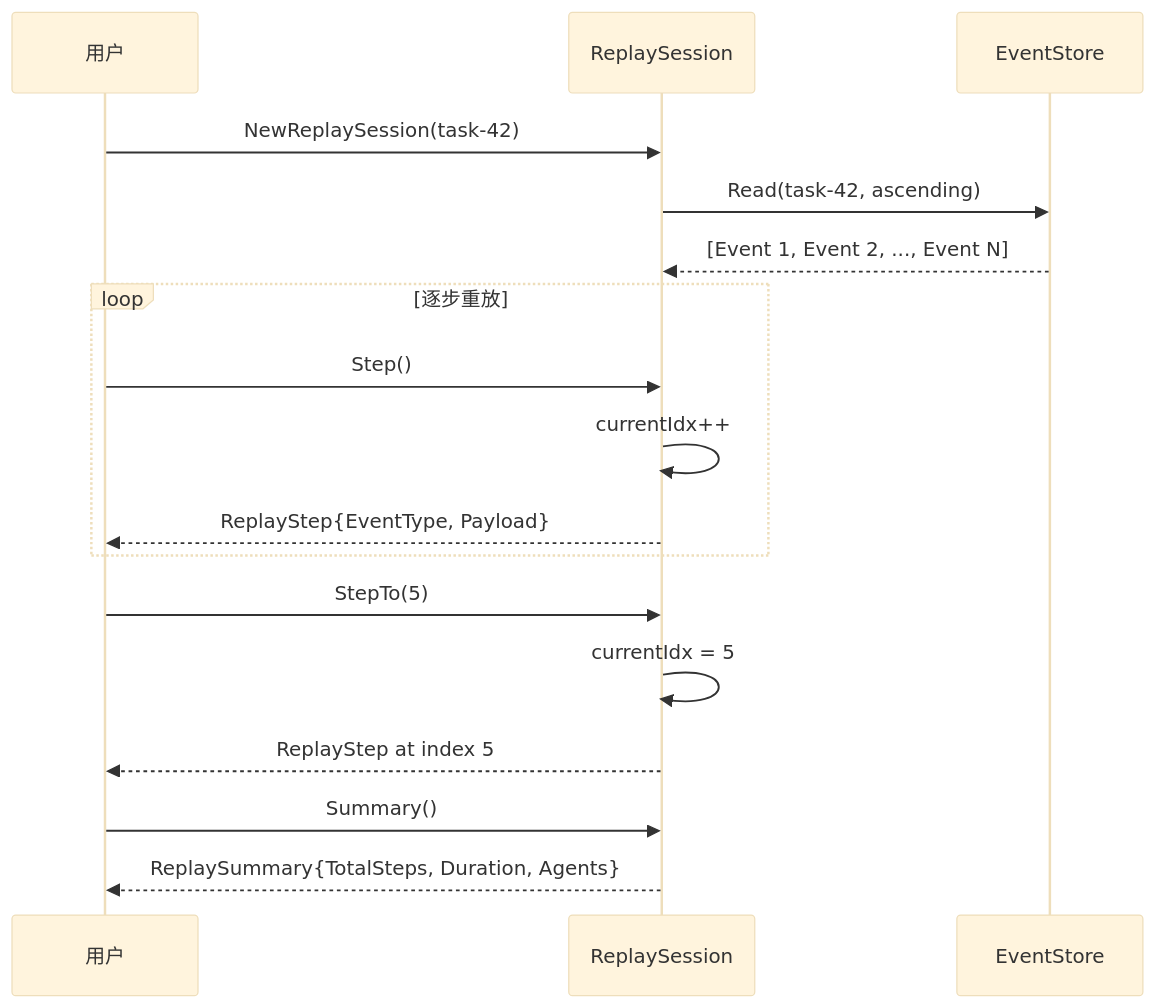
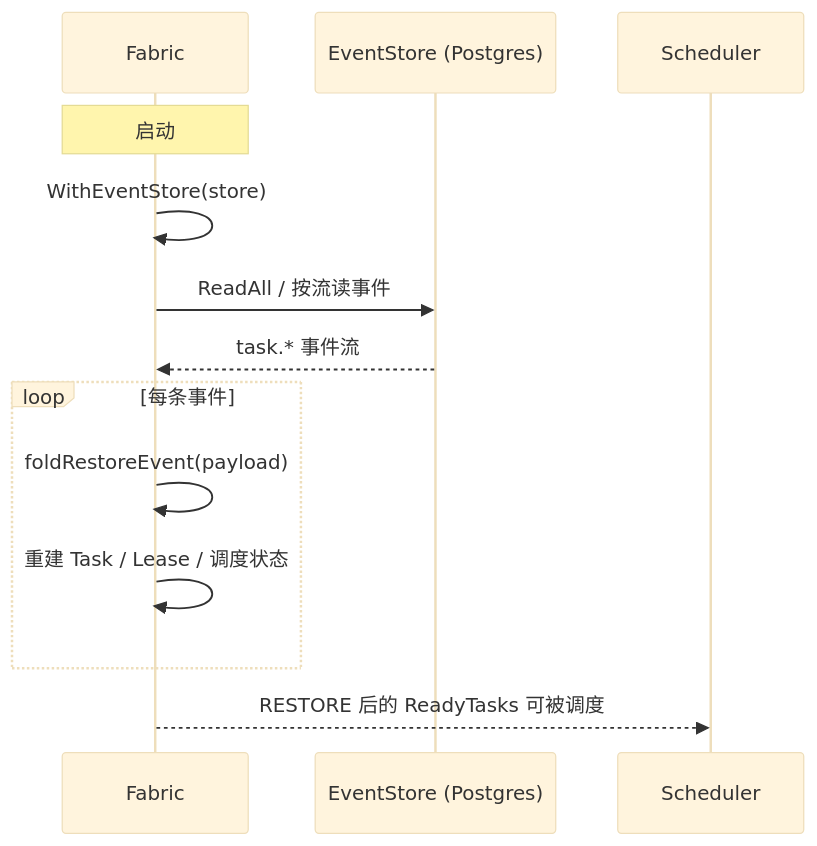
Before and after one commit to Timwood0x10/ARES: the fifth of 6 diagrams in docs/articles/zh/08-event-system-deep-dive.md, drawn with Mermaid (base theme). The commit also changed other lines of this file and 2423 other files, not shown here.

````diff
--- a/docs/articles/zh/08-event-system-deep-dive.md
+++ b/docs/articles/zh/08-event-system-deep-dive.md
@@ -277,23 +349,16 @@
 ```mermaid
 sequenceDiagram
-    participant User as 用户
-    participant RS as ReplaySession
-    participant Store as EventStore
+    participant F as Fabric
+    participant ES as EventStore (Postgres)
+    participant R as Scheduler
 
-    User->>RS: NewReplaySession(task-42)
-    RS->>Store: Read(task-42, ascending)
-    Store-->>RS: [Event 1, Event 2, ..., Event N]
-
-    loop 逐步重放
-        User->>RS: Step()
-        RS->>RS: currentIdx++
-        RS-->>User: ReplayStep{EventType, Payload}
+    Note over F: 启动
+    F->>F: WithEventStore(store)
+    F->>ES: ReadAll / 按流读事件
+    ES-->>F: task.* 事件流
+    loop 每条事件
+        F->>F: foldRestoreEvent(payload)
+        F->>F: 重建 Task / Lease / 调度状态
     end
-
-    User->>RS: StepTo(5)
-    RS->>RS: currentIdx = 5
-    RS-->>User: ReplayStep at index 5
-
-    User->>RS: Summary()
-    RS-->>User: ReplaySummary{TotalSteps, Duration, Agents}
+    F-->>R: RESTORE 后的 ReadyTasks 可被调度
 ```
````
